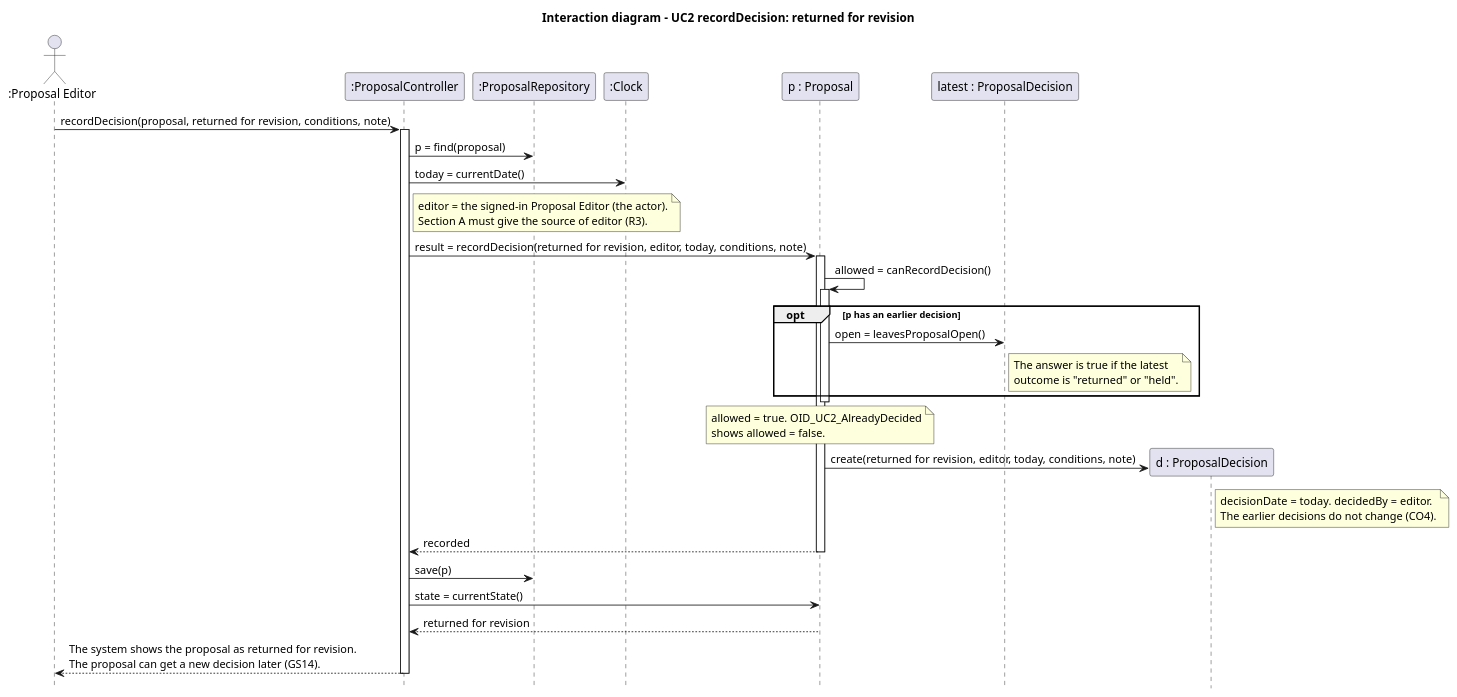
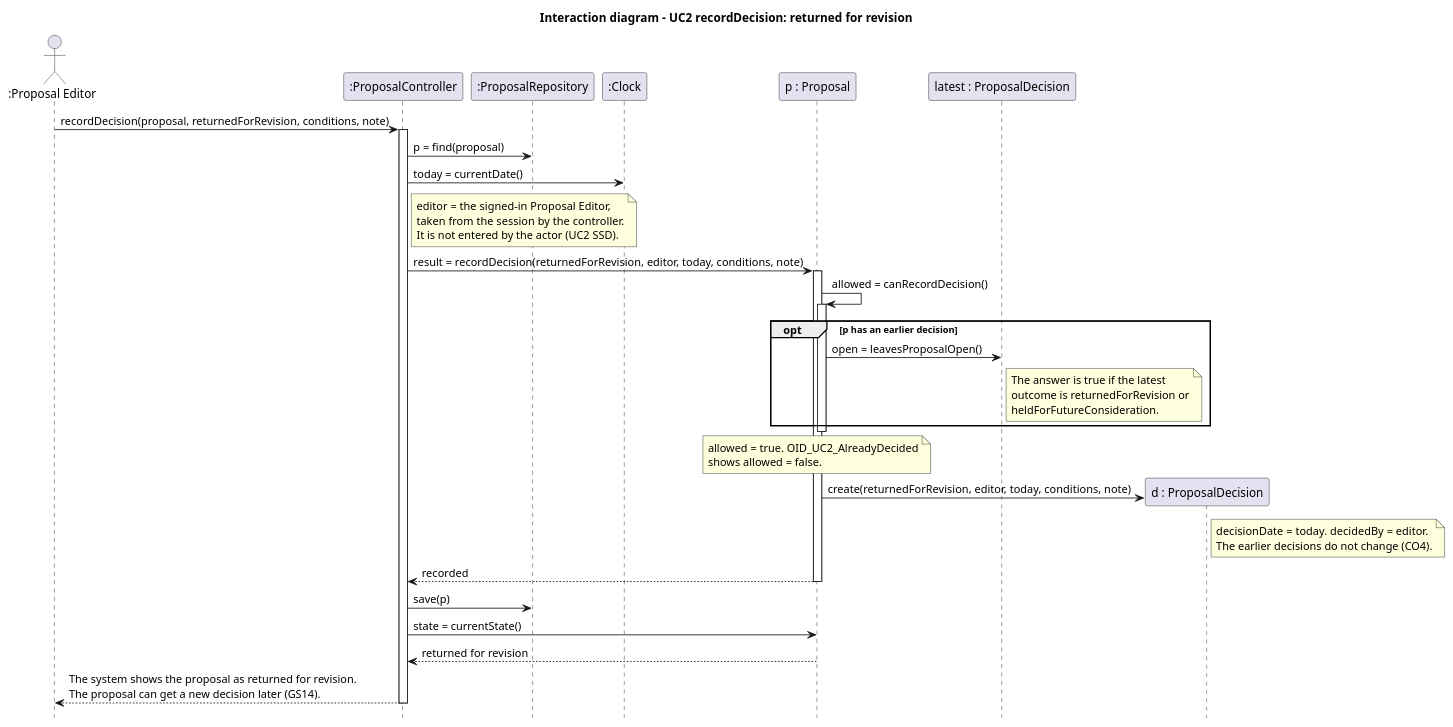
The diagram in CA 2/Diagrams/Object_Interaction_Diagrams/OID_UC2_Returned.puml (Rani-Wheeza/Local-Podcast-Production-Service), drawn with PlantUML before and after one commit. The commit also changed 5 other files, not shown here.

```diff
--- a/CA 2/Diagrams/Object_Interaction_Diagrams/OID_UC2_Returned.puml
+++ b/CA 2/Diagrams/Object_Interaction_Diagrams/OID_UC2_Returned.puml
@@ -1,46 +1,47 @@
 @startuml OID_UC2_Returned
 title Interaction diagram - UC2 recordDecision: returned for revision
 hide footbox
 
 ' Section A, UC2 alternatives (Arno). This diagram agrees with CO4, the Section A CRC cards (#28) and GRASP (#32).
 ' Language of notes and messages: ASD-STE100 Simplified Technical English.
 ' Scenario: GS14 A proposal returned for revision is later accepted
 actor ":Proposal Editor" as PE
 participant ":ProposalController" as PCtl
 participant ":ProposalRepository" as Repo
 participant ":Clock" as Clk
 participant "p : Proposal" as P
 participant "latest : ProposalDecision" as L
 participant "d : ProposalDecision" as D
 
-PE -> PCtl : recordDecision(proposal, returned for revision, conditions, note)
+PE -> PCtl : recordDecision(proposal, returnedForRevision, conditions, note)
 activate PCtl
 PCtl -> Repo : p = find(proposal)
 PCtl -> Clk : today = currentDate()
 note right of PCtl
-  editor = the signed-in Proposal Editor (the actor).
-  Section A must give the source of editor (R3).
+  editor = the signed-in Proposal Editor,
+  taken from the session by the controller.
+  It is not entered by the actor (UC2 SSD).
 end note
-PCtl -> P : result = recordDecision(returned for revision, editor, today, conditions, note)
+PCtl -> P : result = recordDecision(returnedForRevision, editor, today, conditions, note)
 activate P
 P -> P : allowed = canRecordDecision()
 activate P
 opt p has an earlier decision
   P -> L : open = leavesProposalOpen()
-  note right of L : The answer is true if the latest\noutcome is "returned" or "held".
+  note right of L : The answer is true if the latest\noutcome is returnedForRevision or\nheldForFutureConsideration.
 end
 deactivate P
 note over P : allowed = true. OID_UC2_AlreadyDecided\nshows allowed = false.
-P -> D ** : create(returned for revision, editor, today, conditions, note)
+P -> D ** : create(returnedForRevision, editor, today, conditions, note)
 note right of D
   decisionDate = today. decidedBy = editor.
   The earlier decisions do not change (CO4).
 end note
 P --> PCtl : recorded
 deactivate P
 PCtl -> Repo : save(p)
 PCtl -> P : state = currentState()
 P --> PCtl : returned for revision
 PCtl --> PE : The system shows the proposal as returned for revision.\nThe proposal can get a new decision later (GS14).
 deactivate PCtl
 @enduml
```
